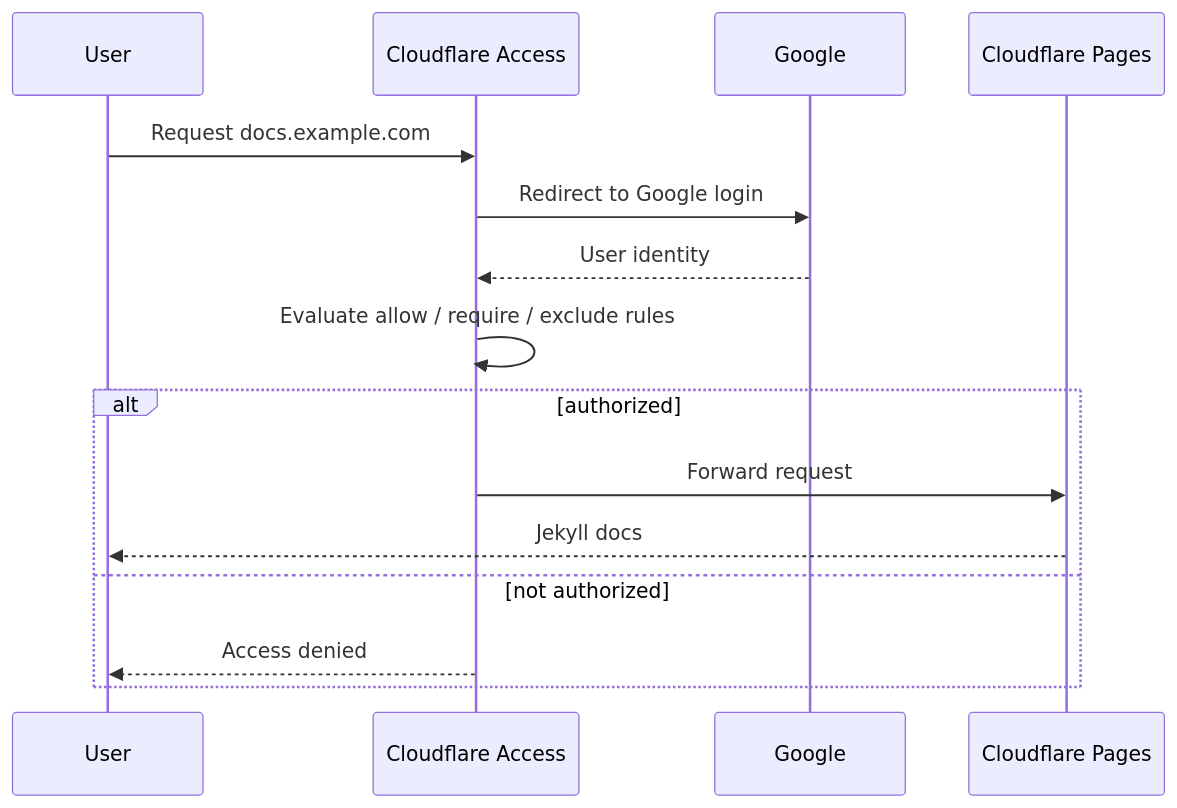
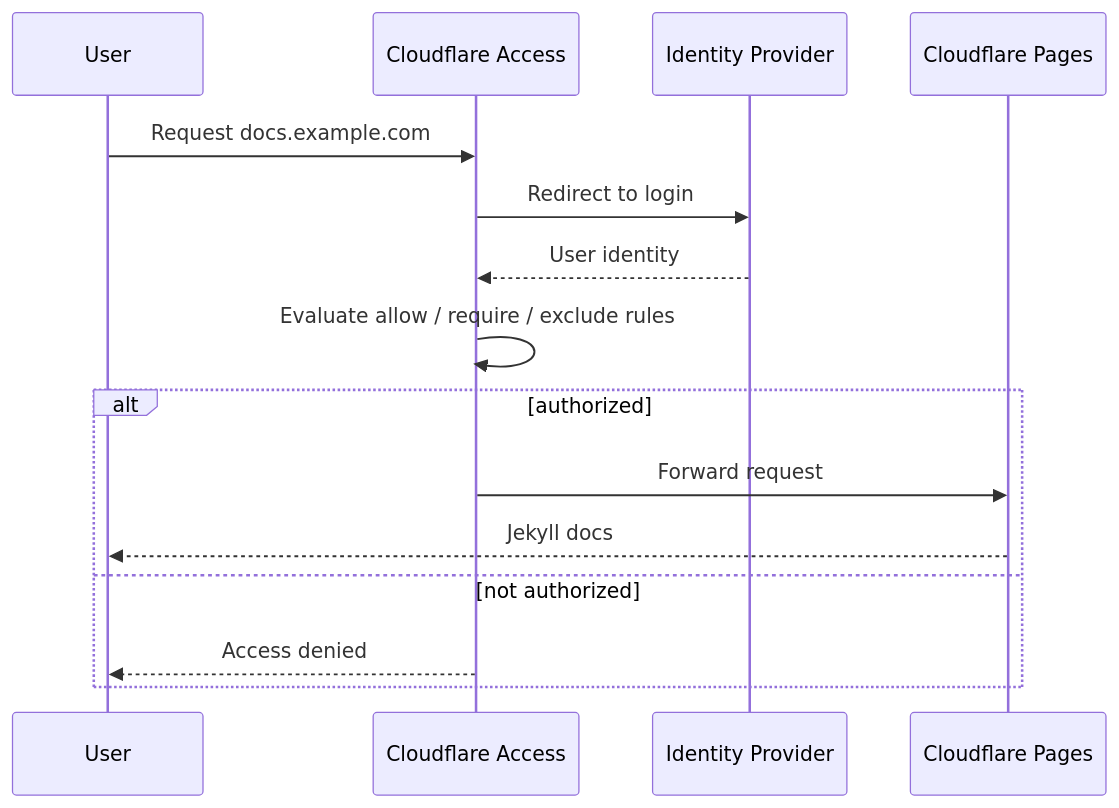
One commit to ddingpy/myblog changed the second of 16 diagrams in _posts/devops/2026-04-24-cloudflare-pages-jekyll-google-access-private-docs-guide.md. Above: the diagram before and after it, drawn with Mermaid. The commit also changed other lines of this file, not shown here.

````diff
--- a/_posts/devops/2026-04-24-cloudflare-pages-jekyll-google-access-private-docs-guide.md
+++ b/_posts/devops/2026-04-24-cloudflare-pages-jekyll-google-access-private-docs-guide.md
@@ -89,18 +92,18 @@
 ```mermaid
 sequenceDiagram
     participant U as User
     participant A as Cloudflare Access
-    participant G as Google
+    participant I as Identity Provider
     participant P as Cloudflare Pages
 
     U->>A: Request docs.example.com
-    A->>G: Redirect to Google login
-    G-->>A: User identity
+    A->>I: Redirect to login
+    I-->>A: User identity
     A->>A: Evaluate allow / require / exclude rules
     alt authorized
         A->>P: Forward request
         P-->>U: Jekyll docs
     else not authorized
         A-->>U: Access denied
     end
 ```
````
